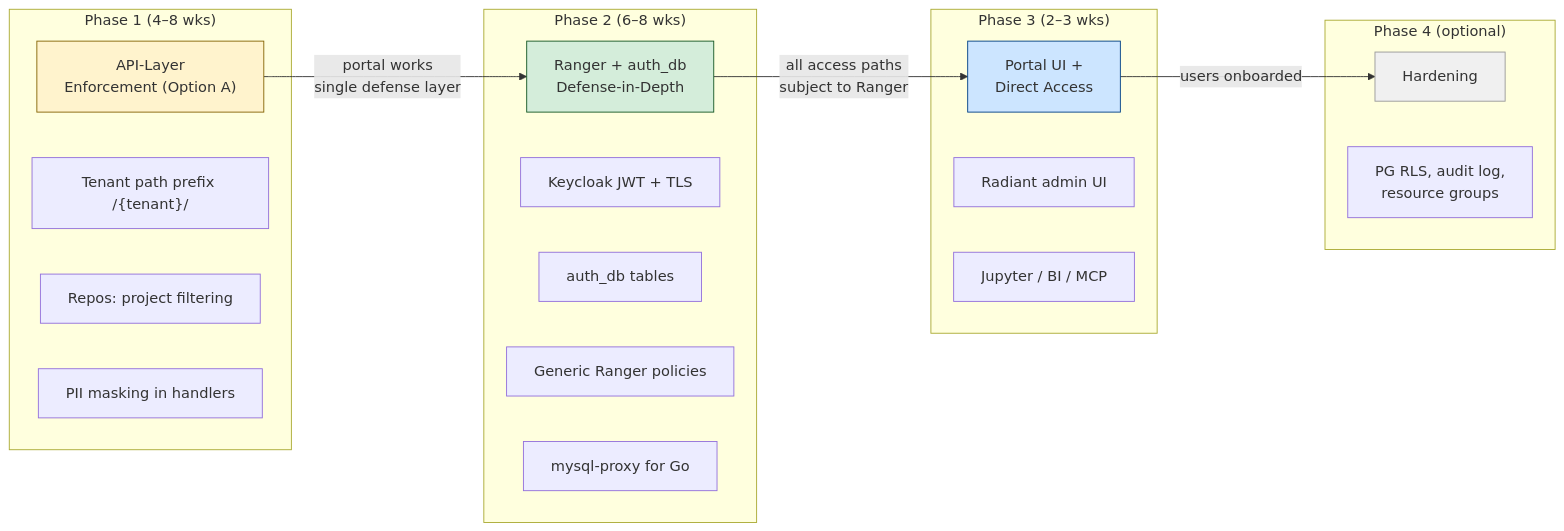
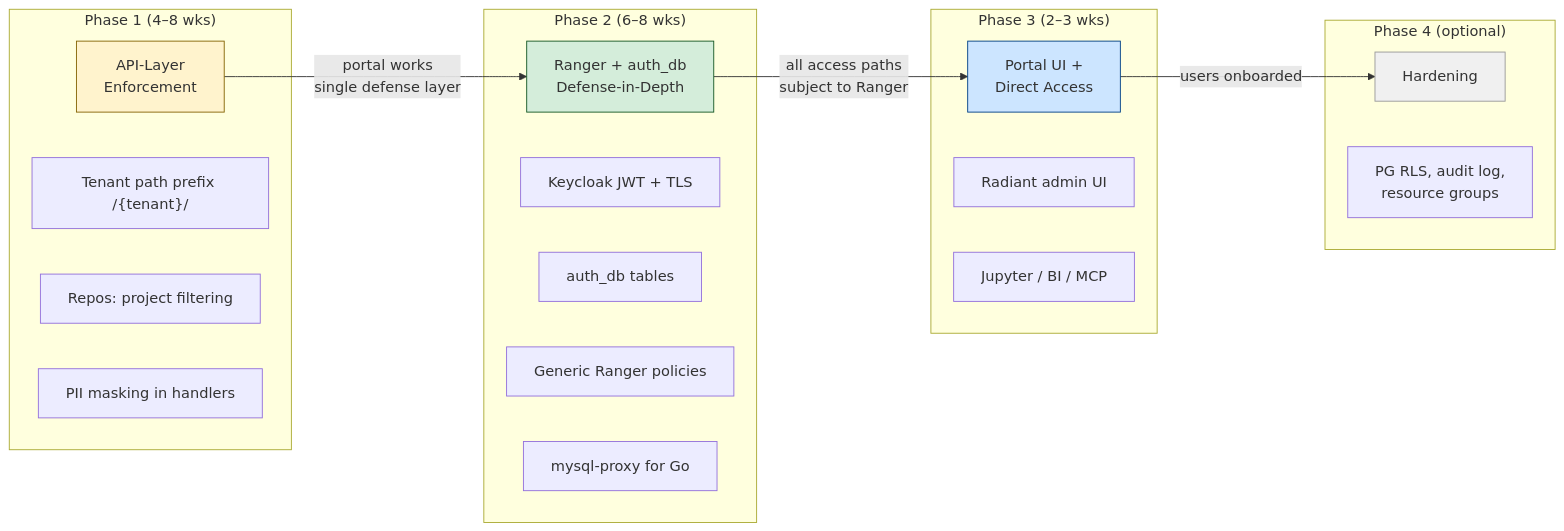
The sixth of 6 diagrams in docs/adr/multi-tenancy-security.md (radiant-network/radiant-portal), drawn with Mermaid before and after one commit. The commit also changed other lines of this file, not shown here.

````diff
--- a/docs/adr/multi-tenancy-security.md
+++ b/docs/adr/multi-tenancy-security.md
@@ -979,37 +977,37 @@
 ```mermaid
 graph LR
     subgraph "Phase 1 (4–8 wks)"
-        P1["API-Layer<br/>Enforcement (Option A)"]
+        P1["API-Layer<br/>Enforcement"]
         P1A["Tenant path prefix /{tenant}/"]
         P1B["Repos: project filtering"]
         P1C["PII masking in handlers"]
     end
 
     subgraph "Phase 2 (6–8 wks)"
         P2["Ranger + auth_db<br/>Defense-in-Depth"]
         P2A["Keycloak JWT + TLS"]
         P2B["auth_db tables"]
         P2C["Generic Ranger policies"]
         P2D["mysql-proxy for Go"]
     end
 
     subgraph "Phase 3 (2–3 wks)"
         P3["Portal UI +<br/>Direct Access"]
         P3A["Radiant admin UI"]
         P3B["Jupyter / BI / MCP"]
     end
 
     subgraph "Phase 4 (optional)"
         P4["Hardening"]
         P4A["PG RLS, audit log,<br/>resource groups"]
     end
 
     P1 -- "portal works<br/>single defense layer" --> P2
     P2 -- "all access paths<br/>subject to Ranger" --> P3
     P3 -- "users onboarded" --> P4
 
     style P1 fill:#fff3cd,stroke:#856404
     style P2 fill:#d4edda,stroke:#155724
     style P3 fill:#cce5ff,stroke:#004085
     style P4 fill:#f0f0f0,stroke:#999
 ```
````
